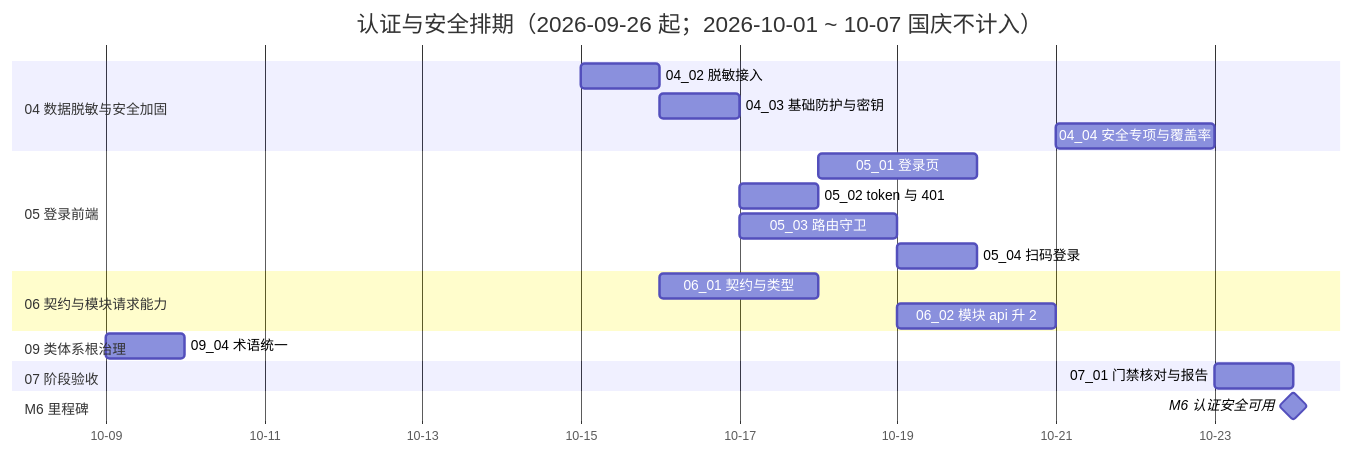
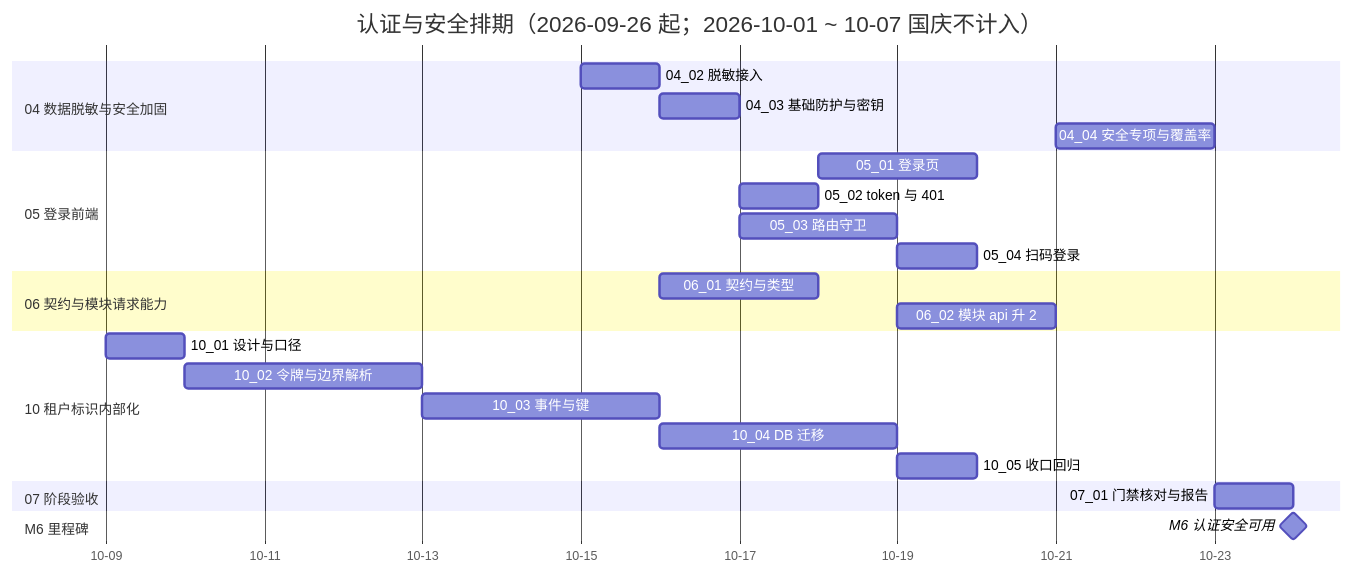
The diagram in bms文档/项目/06_认证与安全/计划/01_计划_认证与安全.md (minjian123/basic-management-system), drawn with Mermaid before and after one commit. The commit also changed other lines of this file and 11 other files, not shown here.

````diff
--- a/bms文档/项目/06_认证与安全/计划/01_计划_认证与安全.md
+++ b/bms文档/项目/06_认证与安全/计划/01_计划_认证与安全.md
@@ -67,25 +72,29 @@
 ```mermaid
 gantt
     title 认证与安全排期（2026-09-26 起；2026-10-01 ~ 10-07 国庆不计入）
     dateFormat  YYYY-MM-DD
     axisFormat %m-%d
     section 04 数据脱敏与安全加固
     04_02 脱敏接入 :d2, 2026-10-15, 1d
     04_03 基础防护与密钥 :d3, 2026-10-16, 1d
     04_04 安全专项与覆盖率 :d4, 2026-10-21, 2d
     section 05 登录前端
     05_01 登录页 :e1, 2026-10-18, 2d
     05_02 token 与 401 :e2, 2026-10-17, 1d
     05_03 路由守卫 :e3, 2026-10-17, 2d
     05_04 扫码登录 :e4, 2026-10-19, 1d
     section 06 契约与模块请求能力
     06_01 契约与类型 :f1, 2026-10-16, 2d
     06_02 模块 api 升 2 :f2, 2026-10-19, 2d
-    section 09 类体系根治理
-    09_04 术语统一 :h2, 2026-10-09, 1d
+    section 10 租户标识内部化
+    10_01 设计与口径 :j1, 2026-10-09, 1d
+    10_02 令牌与边界解析 :j2, 2026-10-10, 3d
+    10_03 事件与键 :j3, 2026-10-13, 3d
+    10_04 DB 迁移 :j4, 2026-10-16, 3d
+    10_05 收口回归 :j5, 2026-10-19, 1d
 
     section 07 阶段验收
     07_01 门禁核对与报告 :g1, 2026-10-23, 1d
     section M6 里程碑
     M6 认证安全可用 :milestone, mm6, 2026-10-24, 0d
 ```
````
